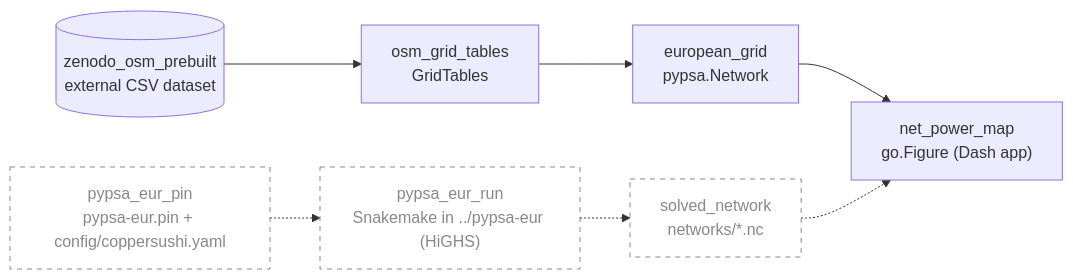
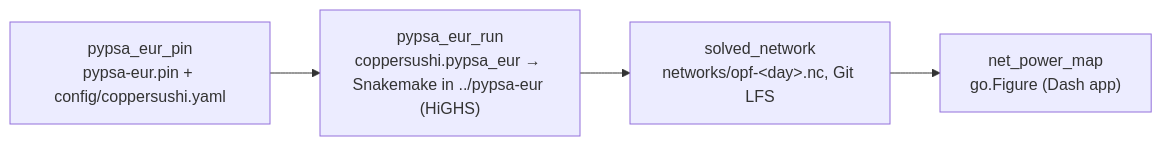
One commit to zoltanmaric/coppersushi changed the diagram in wiki/sushi-2.md. Above: the diagram before and after it, drawn with Mermaid. The commit also changed other lines of this file and 48 other files, not shown here.

First line of the commit message:
Solve a day on the OSM grid through a pinned PyPSA-Eur sibling (#19)

````diff
--- a/wiki/sushi-2.md
+++ b/wiki/sushi-2.md
@@ -16,21 +16,14 @@
 ```mermaid
 flowchart LR
     classDef planned stroke-dasharray: 5 5,stroke:#888,color:#888,fill:none
 
-    zenodo_osm_prebuilt[("zenodo_osm_prebuilt<br/>external CSV dataset")]
-    osm_grid_tables["osm_grid_tables<br/>GridTables"]
-    european_grid["european_grid<br/>pypsa.Network"]
     net_power_map["net_power_map<br/>go.Figure (Dash app)"]
 
-    pypsa_eur_pin["pypsa_eur_pin<br/>pypsa-eur.pin + config/coppersushi.yaml"]:::planned
-    pypsa_eur_run["pypsa_eur_run<br/>Snakemake in ../pypsa-eur (HiGHS)"]:::planned
-    solved_network["solved_network<br/>networks/*.nc"]:::planned
+    pypsa_eur_pin["pypsa_eur_pin<br/>pypsa-eur.pin + config/coppersushi.yaml"]
+    pypsa_eur_run["pypsa_eur_run<br/>coppersushi.pypsa_eur → Snakemake in ../pypsa-eur (HiGHS)"]
+    solved_network["solved_network<br/>networks/opf-&lt;day&gt;.nc, Git LFS"]
 
-    zenodo_osm_prebuilt --> osm_grid_tables
-    osm_grid_tables --> european_grid
-    european_grid --> net_power_map
-
-    pypsa_eur_pin -.-> pypsa_eur_run
-    pypsa_eur_run -.-> solved_network
-    solved_network -.-> net_power_map
+    pypsa_eur_pin --> pypsa_eur_run
+    pypsa_eur_run --> solved_network
+    solved_network --> net_power_map
 ```
````
